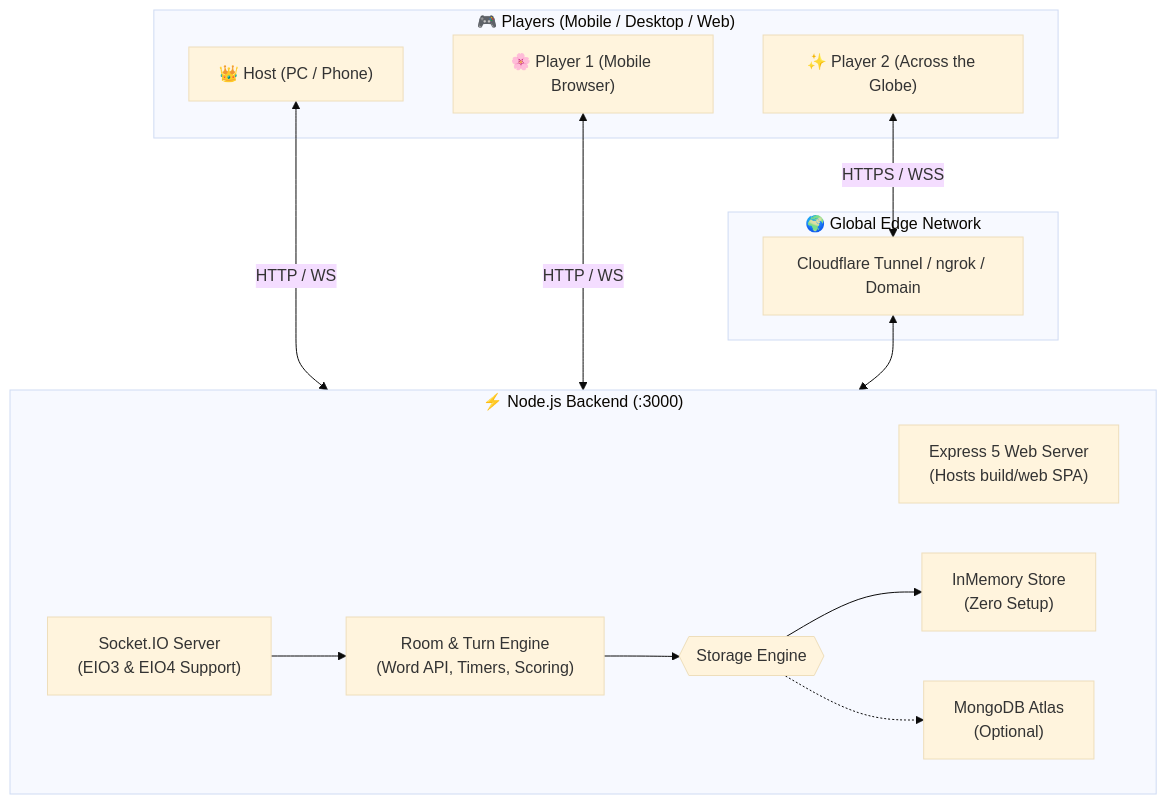
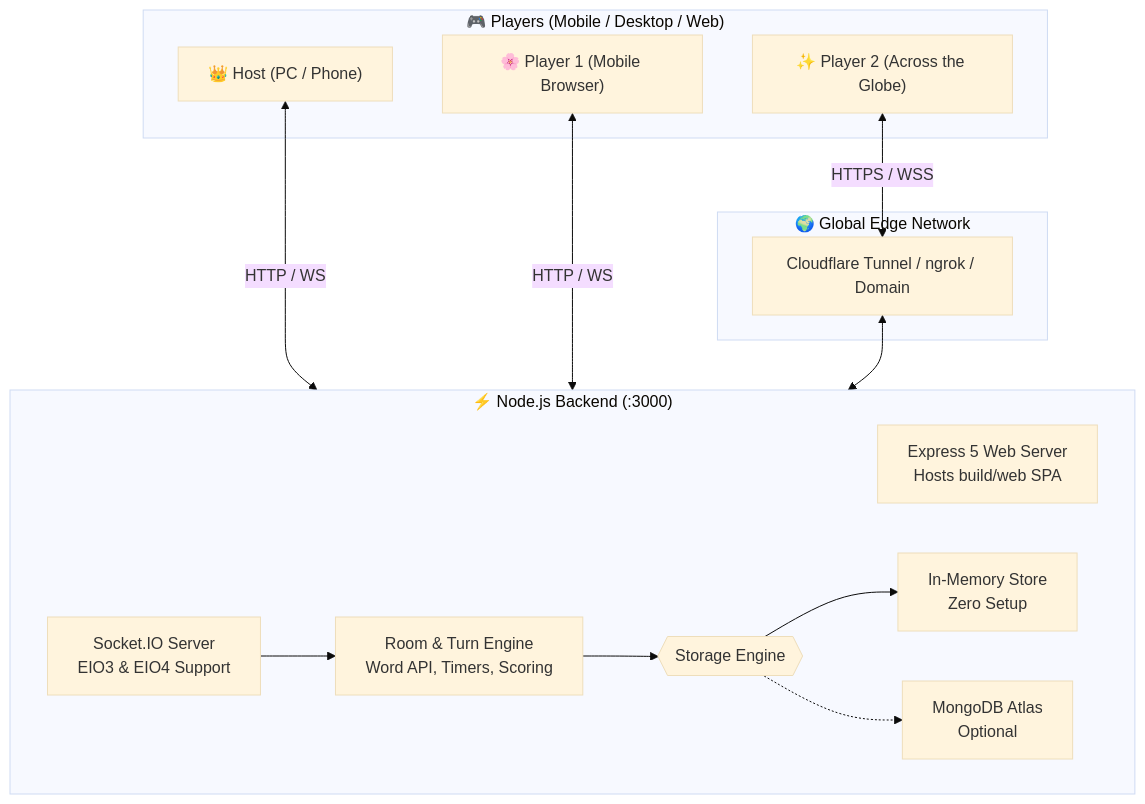
One commit to IshaNayal/Skribbl.io changed the diagram in README.md. Above: the diagram before and after it, drawn with Mermaid (base theme). The commit also changed other lines of this file, not shown here.

````diff
--- a/README.md
+++ b/README.md
@@ -80,30 +124,31 @@
 ```mermaid
 flowchart TD
     subgraph Clients["🎮 Players (Mobile / Desktop / Web)"]
         Host["👑 Host (PC / Phone)"]
         Player1["🌸 Player 1 (Mobile Browser)"]
         Player2["✨ Player 2 (Across the Globe)"]
     end
 
     subgraph Tunnel["🌍 Global Edge Network"]
         CF["Cloudflare Tunnel / ngrok / Domain"]
     end
 
     subgraph Backend["⚡ Node.js Backend (:3000)"]
-        Express["Express 5 Web Server\n(Hosts build/web SPA)"]
-        SocketServer["Socket.IO Server\n(EIO3 & EIO4 Support)"]
-        RoomManager["Room & Turn Engine\n(Word API, Timers, Scoring)"]
+        Express["Express 5 Web Server<br/>Hosts build/web SPA"]
+        SocketServer["Socket.IO Server<br/>EIO3 & EIO4 Support"]
+        RoomManager["Room & Turn Engine<br/>Word API, Timers, Scoring"]
         Storage{{"Storage Engine"}}
-        MemStore["InMemory Store\n(Zero Setup)"]
-        Mongo["MongoDB Atlas\n(Optional)"]
+        MemStore["In-Memory Store<br/>Zero Setup"]
+        Mongo["MongoDB Atlas<br/>Optional"]
     end
 
     Host <-->|HTTP / WS| Backend
     Player1 <-->|HTTP / WS| Backend
-    Player2 <-->|HTTPS / WSS| CF <--> Backend
+    Player2 <-->|HTTPS / WSS| CF
+    CF <--> Backend
 
     SocketServer --> RoomManager
     RoomManager --> Storage
     Storage --> MemStore
     Storage -.-> Mongo
 ```
````
